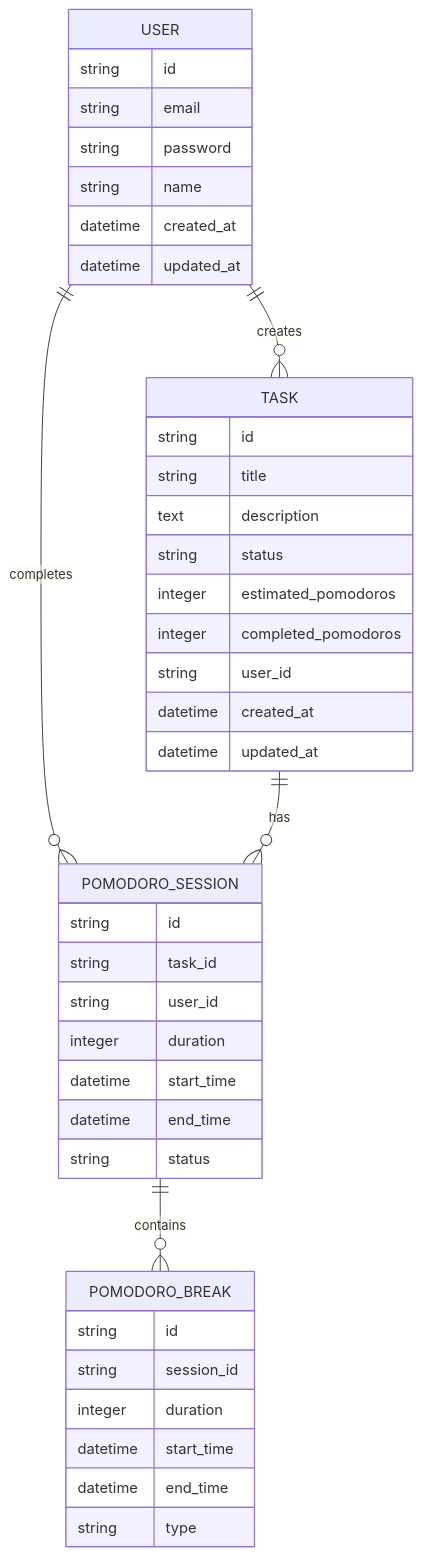
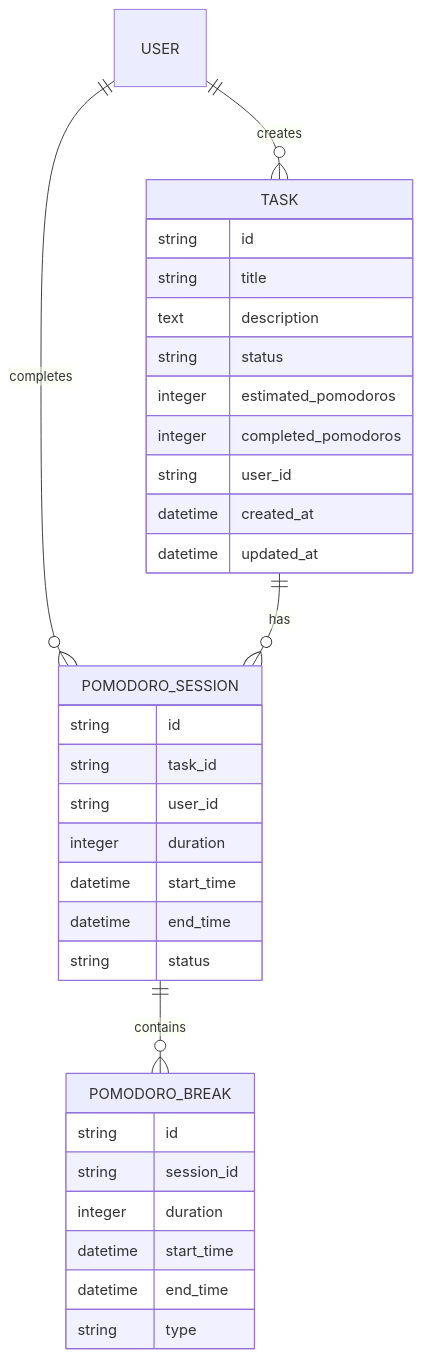
One commit to klsio22/zen-focos changed the first of 2 diagrams in project-description.md. Above: the diagram before and after it, drawn with Mermaid. The commit also changed 13 other files, not shown here.

Commit message:
feat: remove module and user-related features, adapting services and controllers to local mode

````diff
--- a/project-description.md
+++ b/project-description.md
@@ -65,47 +65,40 @@
 ```mermaid
 erDiagram
     USER ||--o{ TASK : creates
     USER ||--o{ POMODORO_SESSION : completes
     TASK ||--o{ POMODORO_SESSION : has
     POMODORO_SESSION ||--o{ POMODORO_BREAK : contains
 
-    USER {
-        string id
-        string email
-        string password
-        string name
-        datetime created_at
-        datetime updated_at
-    }
+    %% This project can run in local mode without users; user entity omitted for local setups
     
     TASK {
         string id
         string title
         text description
         string status
         integer estimated_pomodoros
         integer completed_pomodoros
         string user_id
         datetime created_at
         datetime updated_at
     }
     
     POMODORO_SESSION {
         string id
         string task_id
         string user_id
         integer duration
         datetime start_time
         datetime end_time
         string status
     }
     
     POMODORO_BREAK {
         string id
         string session_id
         integer duration
         datetime start_time
         datetime end_time
         string type
     }
 ```
````
